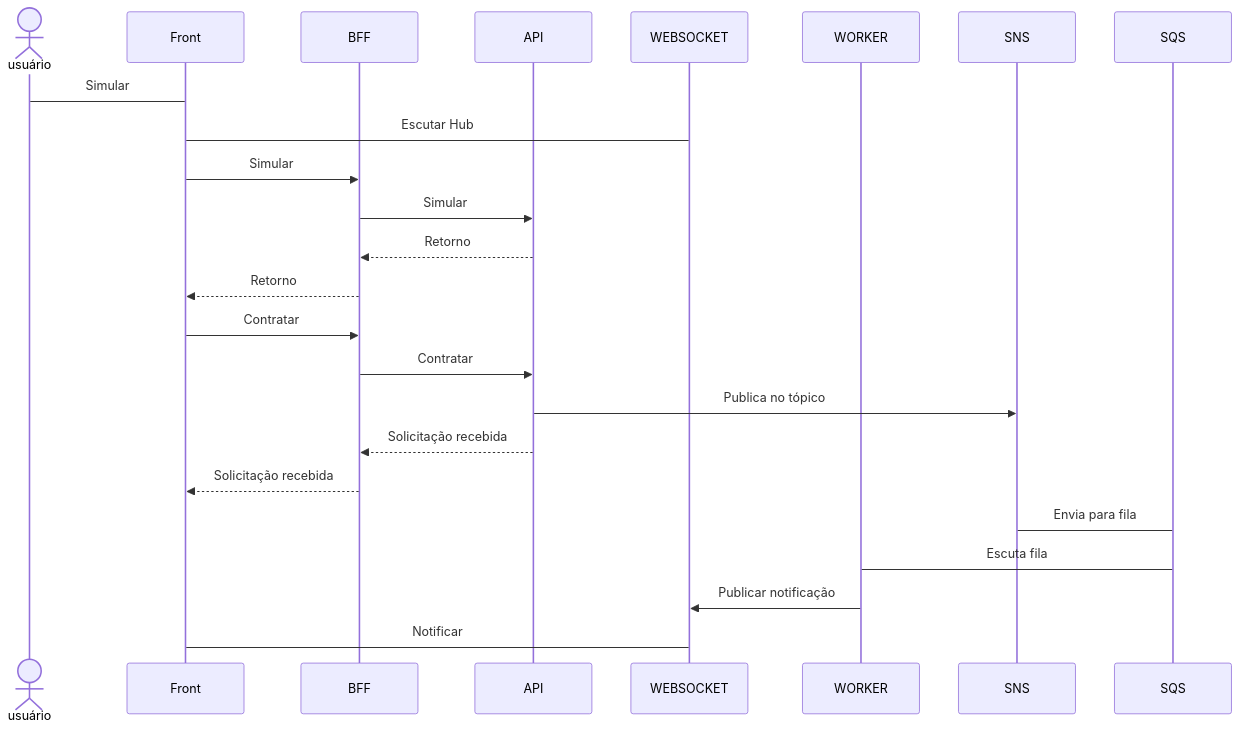
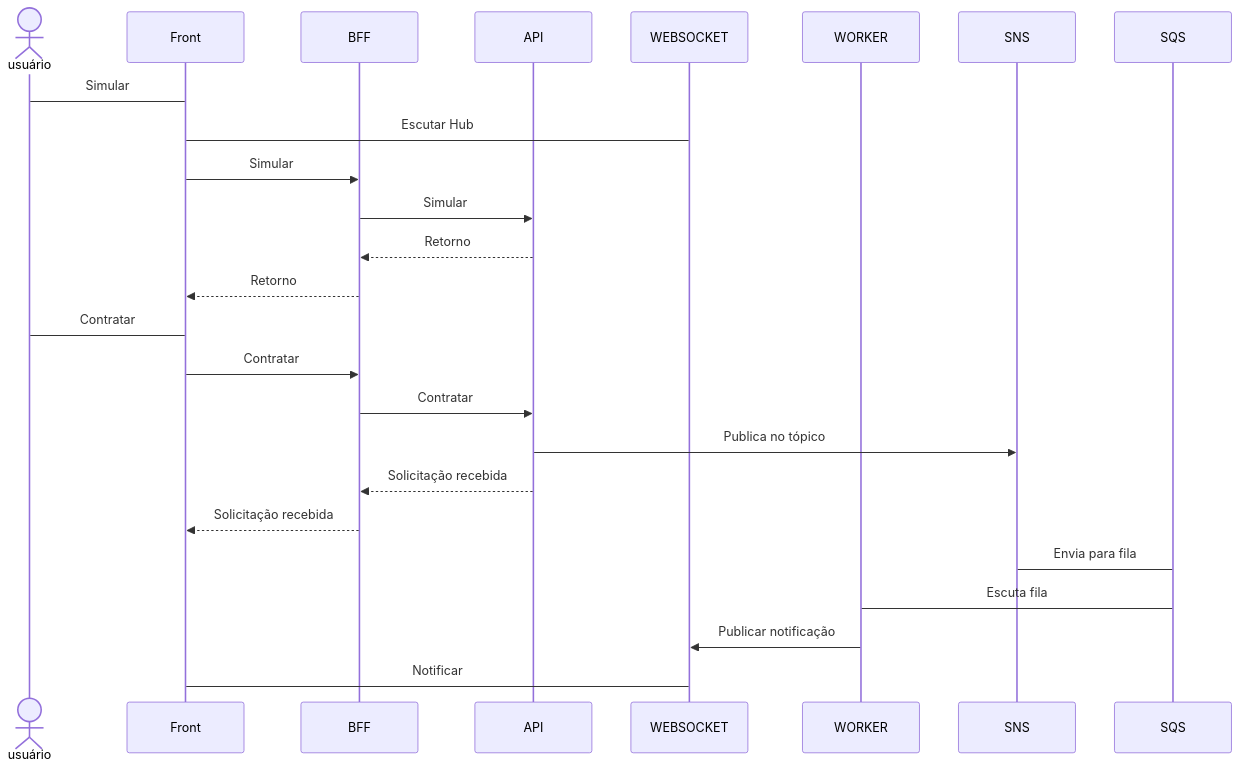
One commit to correia97/jornadawebsocket changed the diagram in readme.md. Above: the diagram before and after it, drawn with Mermaid.

Commit message:
doc: Desenho do fluxo

````diff
--- a/readme.md
+++ b/readme.md
@@ -68,26 +68,27 @@
 ```mermaid
 sequenceDiagram
     actor usuário
     participant Front
     participant BFF
     participant API
     participant WEBSOCKET
     participant WORKER    
     participant SNS    
     participant SQS
     usuário->Front: Simular    
     Front->WEBSOCKET: Escutar Hub
     Front->>BFF: Simular
     BFF->>API: Simular
     API-->>BFF: Retorno
     BFF-->>Front: Retorno
+    usuário->Front: Contratar   
     Front->>BFF: Contratar
     BFF->>API: Contratar
     API->>SNS: Publica no tópico
     API-->>BFF: Solicitação recebida
     BFF-->>Front: Solicitação recebida
     SNS->SQS: Envia para fila
     WORKER->SQS: Escuta fila
     WORKER->>WEBSOCKET: Publicar notificação
     WEBSOCKET->Front: Notificar
 ```
````
